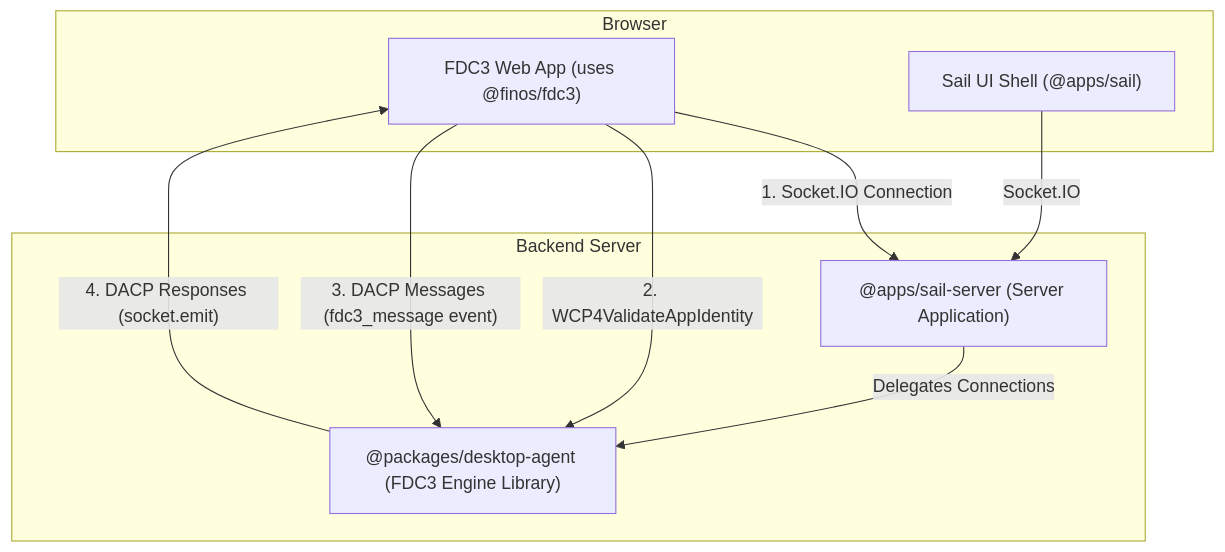
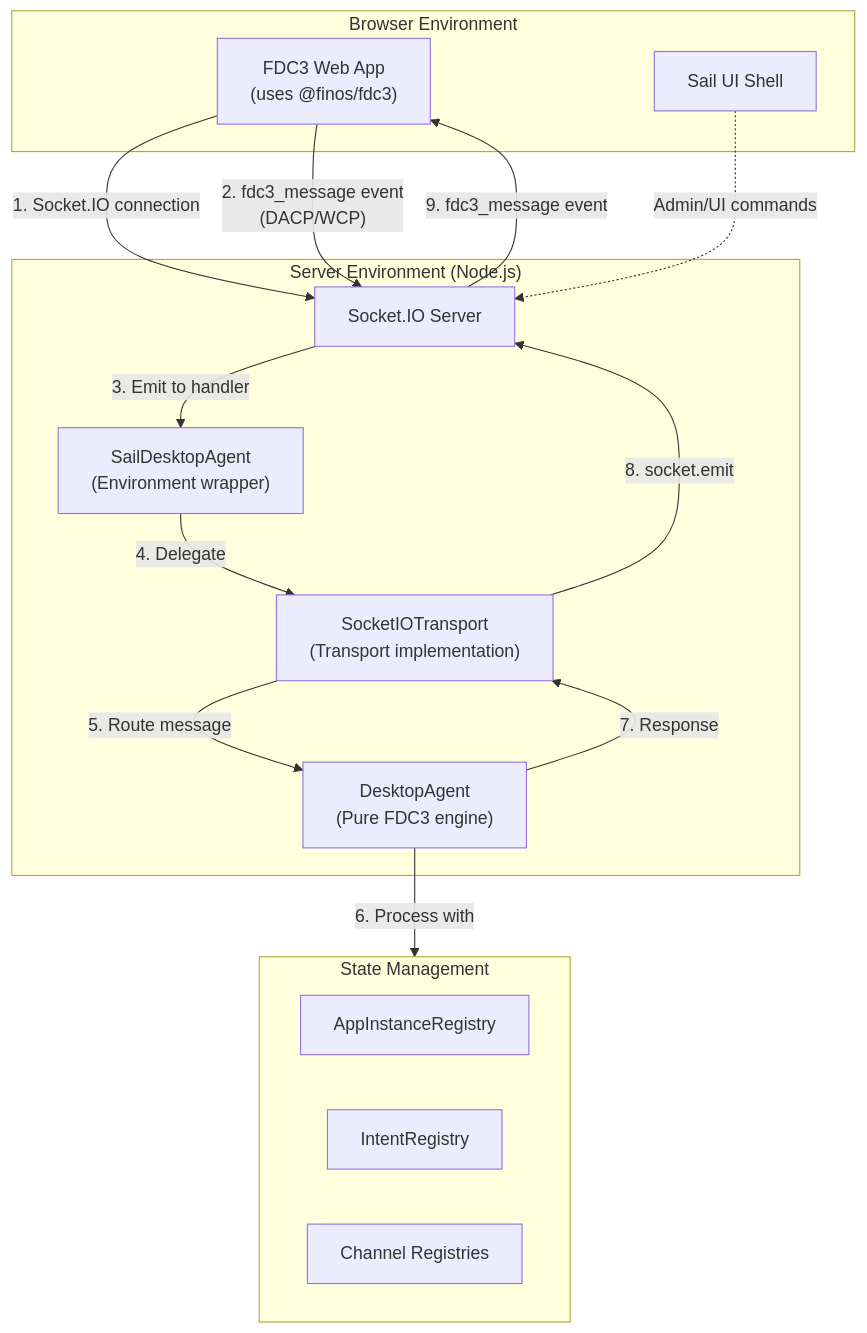
Before and after one commit to SeeWhatsOn/FDC3-Sail: the first of 6 diagrams in packages/desktop-agent/ARCHITECTURE.md, drawn with Mermaid. The commit also changed other lines of this file, not shown here.

First line of the commit message:
refactor(desktop-agent): enhance architecture documentation and clarify design principles

````diff
--- a/packages/desktop-agent/ARCHITECTURE.md
+++ b/packages/desktop-agent/ARCHITECTURE.md
@@ -18,20 +99,32 @@
 ```mermaid
 flowchart TD
-    subgraph Browser
-        FDC3App["FDC3 Web App (uses @finos/fdc3)"]
-        SailUI["Sail UI Shell (@apps/sail)"]
+    subgraph Browser["Browser Environment"]
+        FDC3App["FDC3 Web App<br/>(uses @finos/fdc3)"]
+        SailUI["Sail UI Shell"]
     end
 
-    subgraph Backend Server
-        SailServer["@apps/sail-server (Server Application)"]
-        DesktopAgent["@packages/desktop-agent (FDC3 Engine Library)"]
+    subgraph Server["Server Environment (Node.js)"]
+        SocketIO["Socket.IO Server"]
+        SailDA["SailDesktopAgent<br/>(Environment wrapper)"]
+        Transport["SocketIOTransport<br/>(Transport implementation)"]
+        DesktopAgent["DesktopAgent<br/>(Pure FDC3 engine)"]
     end
 
-    FDC3App -- "1. Socket.IO Connection" --> SailServer
-    FDC3App -- "2. WCP4ValidateAppIdentity" --> DesktopAgent
-    FDC3App -- "3. DACP Messages (fdc3_message event)" --> DesktopAgent
-    DesktopAgent -- "4. DACP Responses (socket.emit)" --> FDC3App
-    SailUI -- "Socket.IO" --> SailServer
+    subgraph State["State Management"]
+        AppReg["AppInstanceRegistry"]
+        IntentReg["IntentRegistry"]
+        ChannelReg["Channel Registries"]
+    end
 
-    SailServer --> |Delegates Connections| DesktopAgent
+    FDC3App -->|"1. Socket.IO connection"| SocketIO
+    FDC3App -->|"2. fdc3_message event<br/>(DACP/WCP)"| SocketIO
+    SocketIO -->|"3. Emit to handler"| SailDA
+    SailDA -->|"4. Delegate"| Transport
+    Transport -->|"5. Route message"| DesktopAgent
+    DesktopAgent -->|"6. Process with"| State
+    DesktopAgent -->|"7. Response"| Transport
+    Transport -->|"8. socket.emit"| SocketIO
+    SocketIO -->|"9. fdc3_message event"| FDC3App
+
+    SailUI -.->|"Admin/UI commands"| SocketIO
 ```
````
